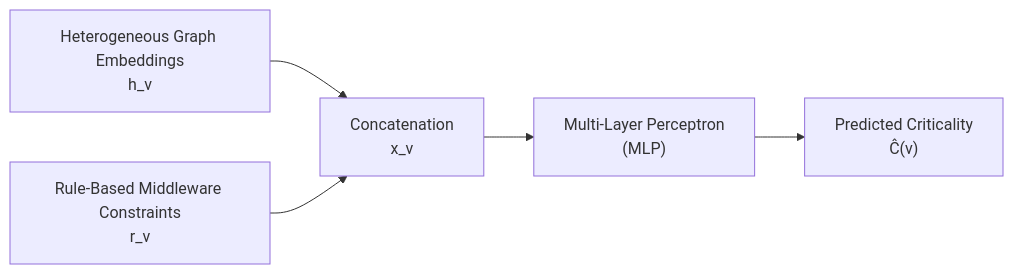
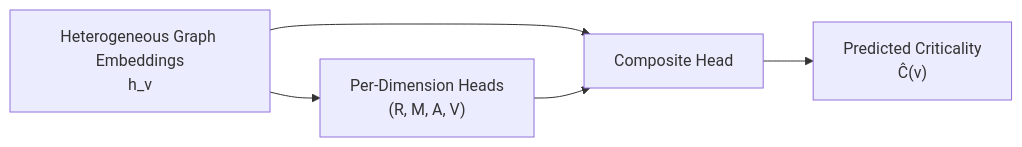
The first of 2 diagrams in docs/research/middleware2026/middleware26_revised.md (onuralpyigit/software-as-a-graph), drawn with Mermaid before and after one commit. The commit also changed other lines of this file and 1 other file, not shown here.

Commit message:
refactor: enhance clarity and precision in middleware documentation and prediction framework

````diff
--- a/docs/research/middleware2026/middleware26_revised.md
+++ b/docs/research/middleware2026/middleware26_revised.md
@@ -112,7 +112,7 @@
 ```mermaid
 flowchart LR
-    A["Heterogeneous Graph Embeddings<br/>h_v"] --> C["Concatenation<br/>x_v"]
-    B["Rule-Based Middleware Constraints<br/>r_v"] --> C
-    C --> D["Multi-Layer Perceptron<br/>(MLP)"]
-    D --> E["Predicted Criticality<br/>Ĉ(v)"]
+    A["Heterogeneous Graph Embeddings<br/>h_v"] --> D["Per-Dimension Heads<br/>(R, M, A, V)"]
+    A --> E["Composite Head"]
+    D --> E
+    E --> F["Predicted Criticality<br/>Ĉ(v)"]
 ```
````
